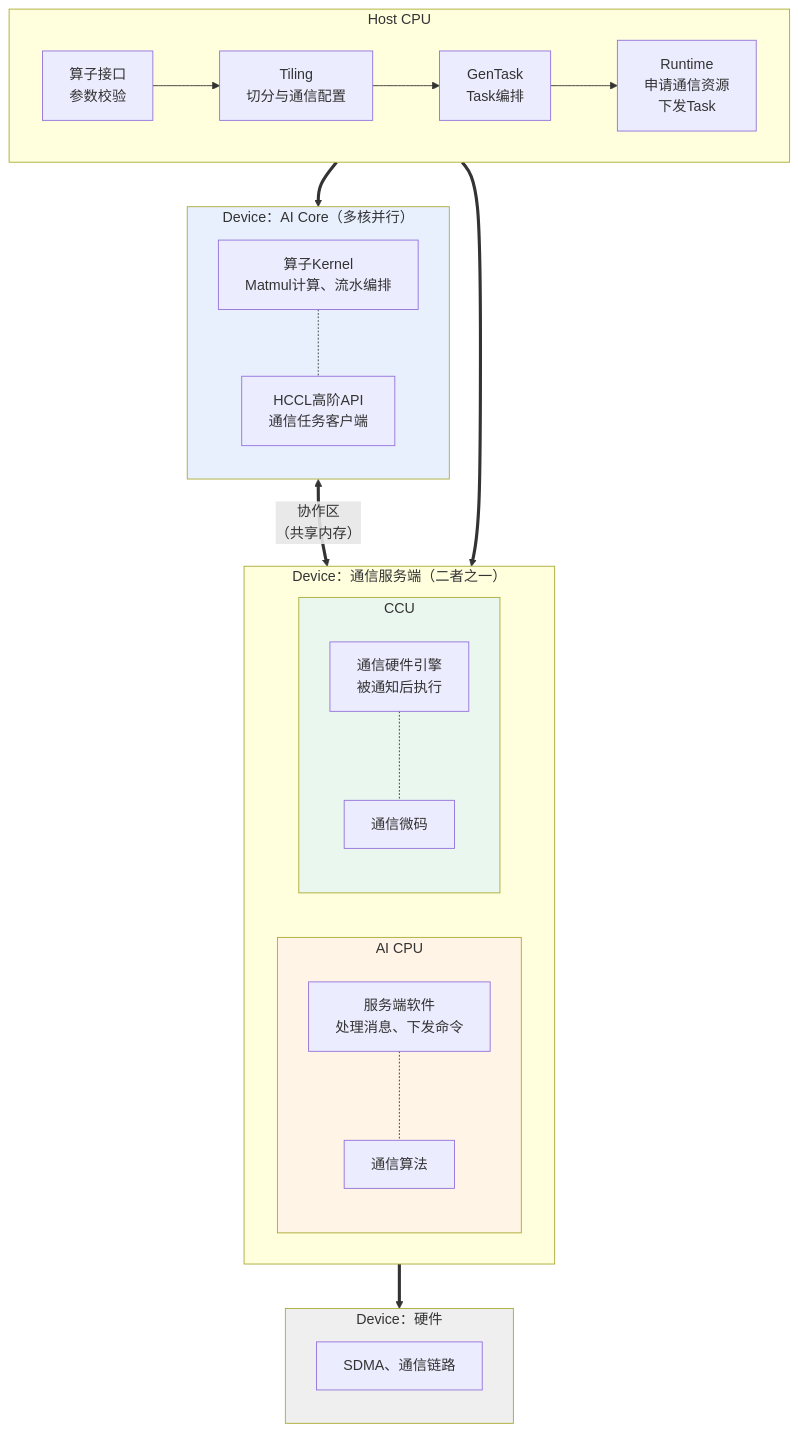
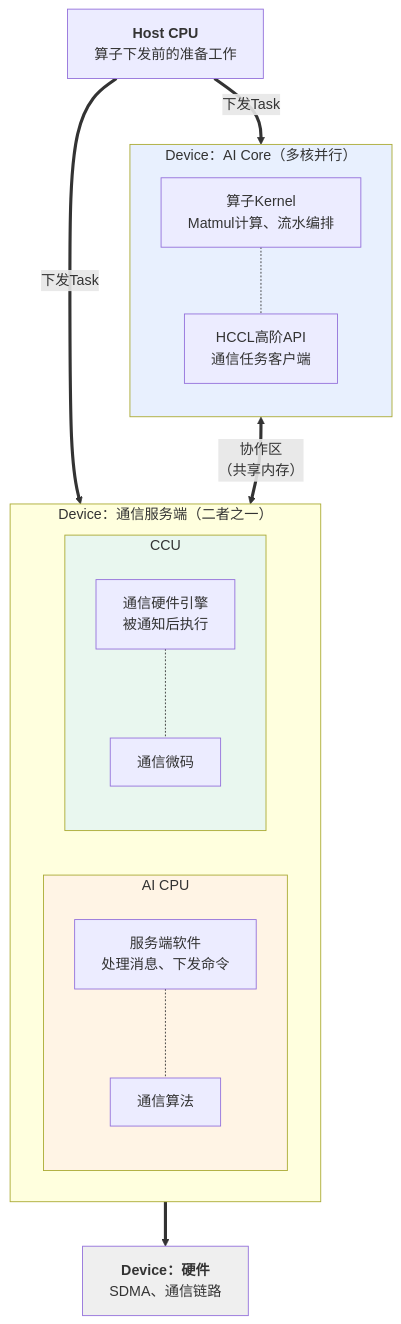
Before and after one commit to Atlas-Ascend-Fork/asc-comm: the second of 3 diagrams in docs/zh/编程模型/MC2编程模型/概述.md, drawn with Mermaid. The commit also changed other lines of this file, not shown here.

````diff
--- a/docs/zh/编程模型/MC2编程模型/概述.md
+++ b/docs/zh/编程模型/MC2编程模型/概述.md
@@ -71,49 +69,39 @@
 ```mermaid
 flowchart TB
-    subgraph HOST["Host CPU"]
-        direction LR
-        H1["算子接口<br/>参数校验"]
-        H2["Tiling<br/>切分与通信配置"]
-        H3["GenTask<br/>Task编排"]
-        H4["Runtime<br/>申请通信资源<br/>下发Task"]
-        H1 --> H2 --> H3 --> H4
-    end
+    HOST["<b>Host CPU</b><br/>算子下发前的准备工作"]
 
     subgraph AICORE["Device：AI Core（多核并行）"]
         direction TB
         C1["算子Kernel<br/>Matmul计算、流水编排"]
         C2["HCCL高阶API<br/>通信任务客户端"]
         C1 -.- C2
     end
 
     subgraph SERVER["Device：通信服务端（二者之一）"]
         direction LR
         subgraph CPUSIDE["AI CPU"]
             direction TB
             P1["服务端软件<br/>处理消息、下发命令"]
             P2["通信算法"]
             P1 -.- P2
         end
         subgraph CCUSIDE["CCU"]
             direction TB
             Q1["通信硬件引擎<br/>被通知后执行"]
             Q2["通信微码"]
             Q1 -.- Q2
         end
     end
 
-    subgraph HW["Device：硬件"]
-        direction TB
-        W1["SDMA、通信链路"]
-    end
+    HW["<b>Device：硬件</b><br/>SDMA、通信链路"]
 
-    H4 ==> AICORE
-    H4 ==> SERVER
+    HOST ==>|"下发Task"| AICORE
+    HOST ==>|"下发Task"| SERVER
     C2 <==>|"协作区<br/>（共享内存）"| SERVER
     SERVER ==> HW
 
     style AICORE fill:#e8f0fe
     style CPUSIDE fill:#fff4e5
     style CCUSIDE fill:#e9f7ef
     style HW fill:#efefef
 ```
````
